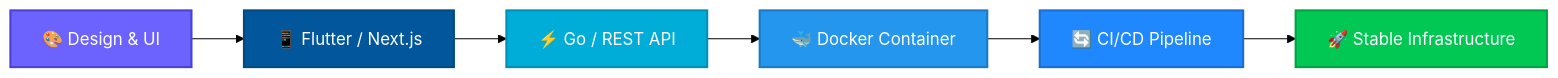
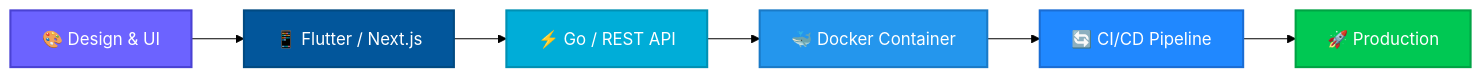
Before and after one commit to kyl464/kyl464: the diagram in README.md, drawn with Mermaid (forest theme). The commit also changed other lines of this file, not shown here.

````diff
--- a/README.md
+++ b/README.md
@@ -162,15 +107,15 @@
 ```mermaid
 graph LR
     A["🎨 Design & UI"] --> B["📱 Flutter / Next.js"]
     B --> C["⚡ Go / REST API"]
     C --> D["🐳 Docker Container"]
     D --> E["🔄 CI/CD Pipeline"]
-    E --> F["🚀 Stable Infrastructure"]
+    E --> F["🚀 Production"]
 
     style A fill:#6C63FF,stroke:#4a42d4,stroke-width:2px,color:#fff
     style B fill:#02569B,stroke:#014a82,stroke-width:2px,color:#fff
     style C fill:#00ADD8,stroke:#0090b3,stroke-width:2px,color:#fff
     style D fill:#2496ED,stroke:#1a7ac7,stroke-width:2px,color:#fff
     style E fill:#2088FF,stroke:#1a6dd4,stroke-width:2px,color:#fff
     style F fill:#00C853,stroke:#00a344,stroke-width:2px,color:#fff
 ```
````
